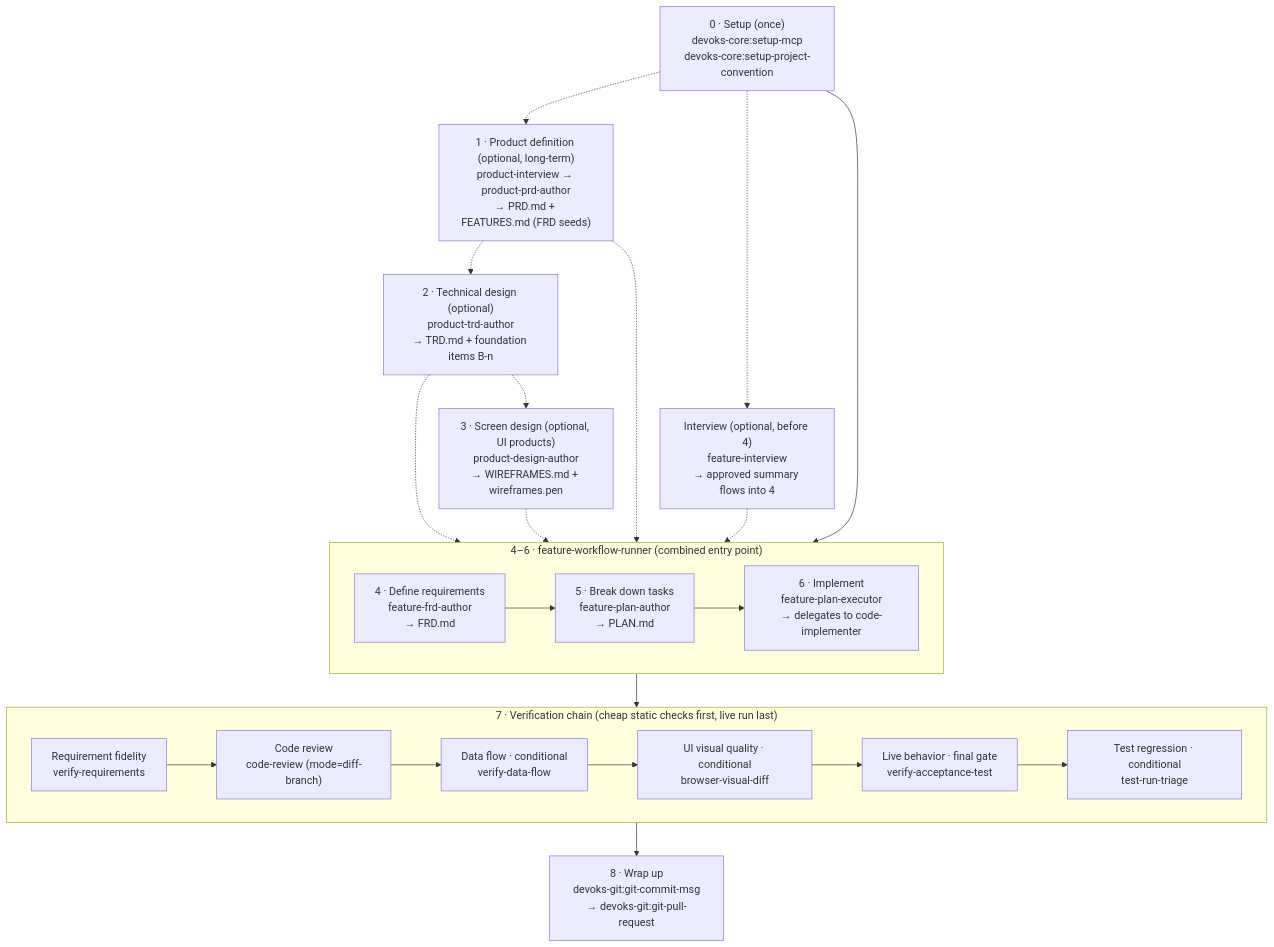
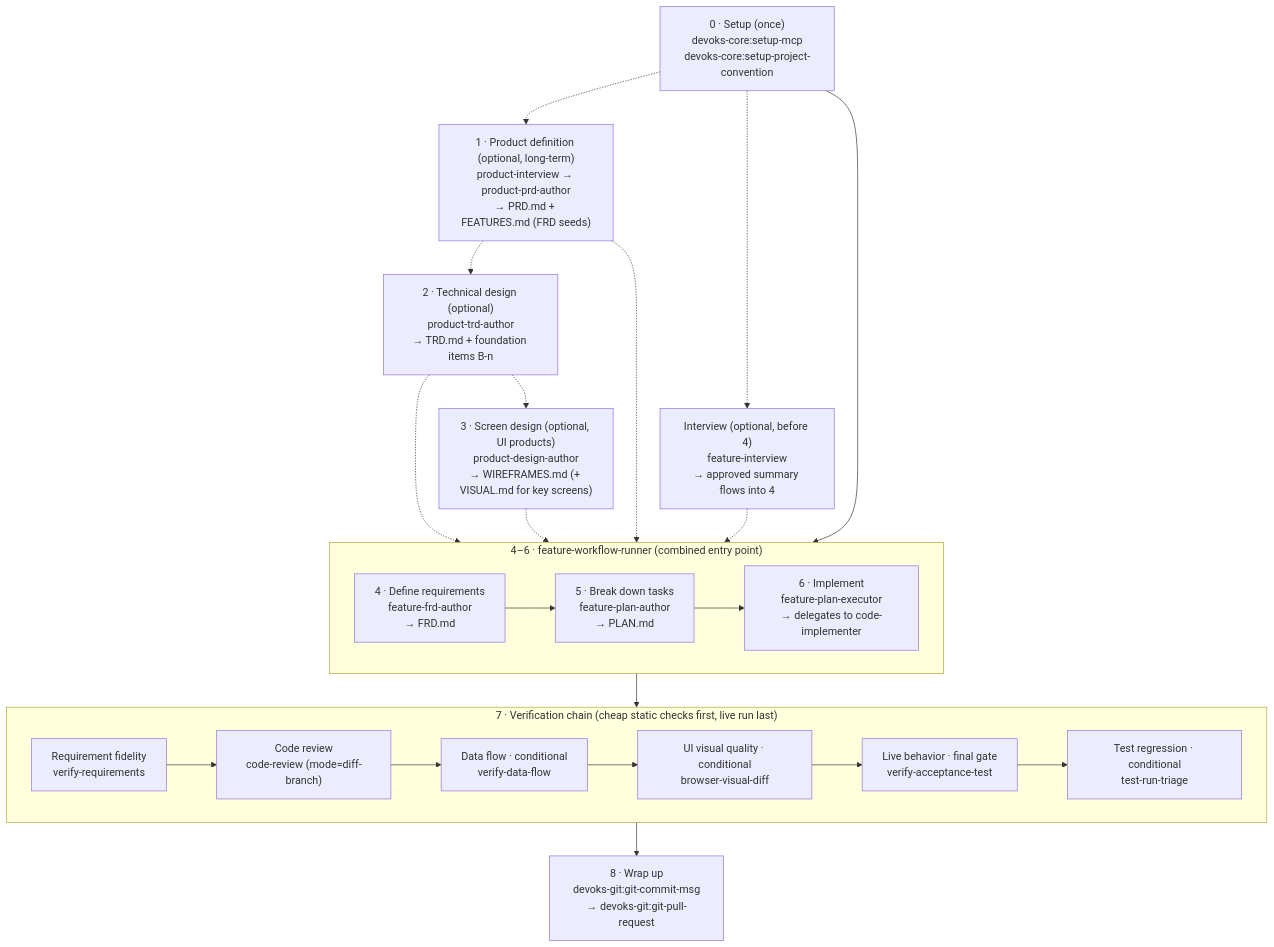
Before and after one commit to ridsync/devoks-team-harness: the diagram in README.md, drawn with Mermaid. The commit also changed 16 other files, not shown here.

First line of the commit message:
feat(devoks-sdlc): product-design-author 비주얼 디자인 단계(phase=visual) 추가

````diff
--- a/README.md
+++ b/README.md
@@ -108,45 +108,45 @@
 ```mermaid
 flowchart TD
     S["0 · Setup (once)<br/>devoks-core:setup-mcp<br/>devoks-core:setup-project-convention"]
 
     PRD["1 · Product definition (optional, long-term)<br/>product-interview → product-prd-author<br/>→ PRD.md + FEATURES.md (FRD seeds)"]
 
     TRD["2 · Technical design (optional)<br/>product-trd-author<br/>→ TRD.md + foundation items B-n"]
 
-    WF["3 · Screen design (optional, UI products)<br/>product-design-author<br/>→ WIREFRAMES.md + wireframes.pen"]
+    WF["3 · Screen design (optional, UI products)<br/>product-design-author<br/>→ WIREFRAMES.md (+ VISUAL.md for key screens)"]
 
     D["Interview (optional, before 4)<br/>feature-interview<br/>→ approved summary flows into 4"]
 
     subgraph BUILD["4–6 · feature-workflow-runner (combined entry point)"]
         direction LR
         F["4 · Define requirements<br/>feature-frd-author<br/>→ FRD.md"]
         P["5 · Break down tasks<br/>feature-plan-author<br/>→ PLAN.md"]
         I["6 · Implement<br/>feature-plan-executor<br/>→ delegates to code-implementer"]
         F --> P --> I
     end
 
     subgraph VERIFY["7 · Verification chain (cheap static checks first, live run last)"]
         direction LR
         V1["Requirement fidelity<br/>verify-requirements"]
         V2["Code review<br/>code-review (mode=diff-branch)"]
         V3["Data flow · conditional<br/>verify-data-flow"]
         V4["UI visual quality · conditional<br/>browser-visual-diff"]
         V5["Live behavior · final gate<br/>verify-acceptance-test"]
         V6["Test regression · conditional<br/>test-run-triage"]
         V1 --> V2 --> V3 --> V4 --> V5 --> V6
     end
 
     C["8 · Wrap up<br/>devoks-git:git-commit-msg<br/>→ devoks-git:git-pull-request"]
 
     S --> BUILD
     S -.-> PRD
     PRD -.-> TRD
     TRD -.-> F
     TRD -.-> WF
     WF -.-> F
     PRD -.-> F
     S -.-> D
     D -.-> F
     BUILD --> VERIFY
     VERIFY --> C
 ```
````
